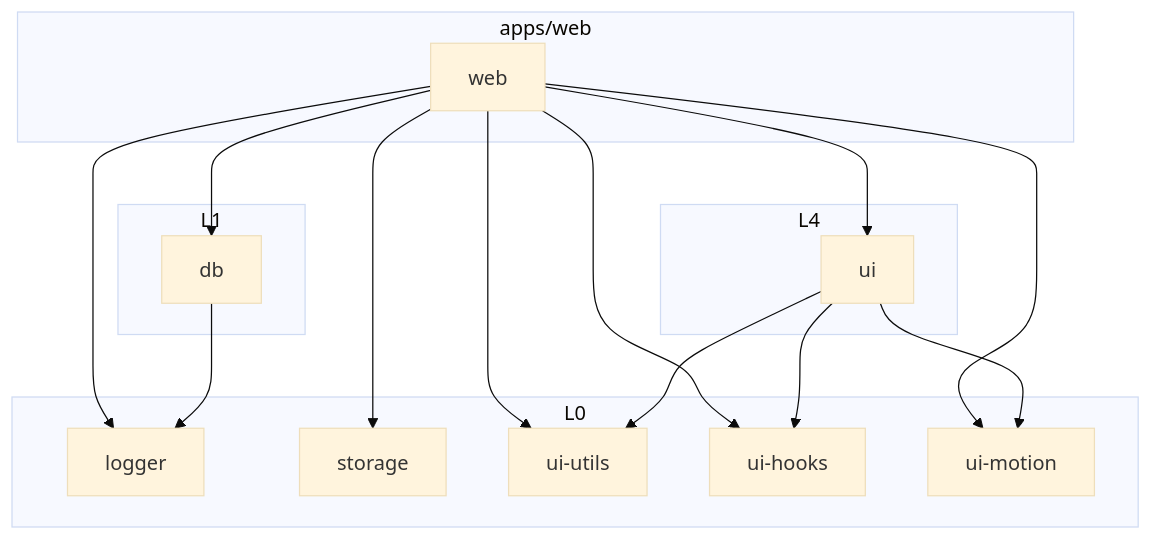
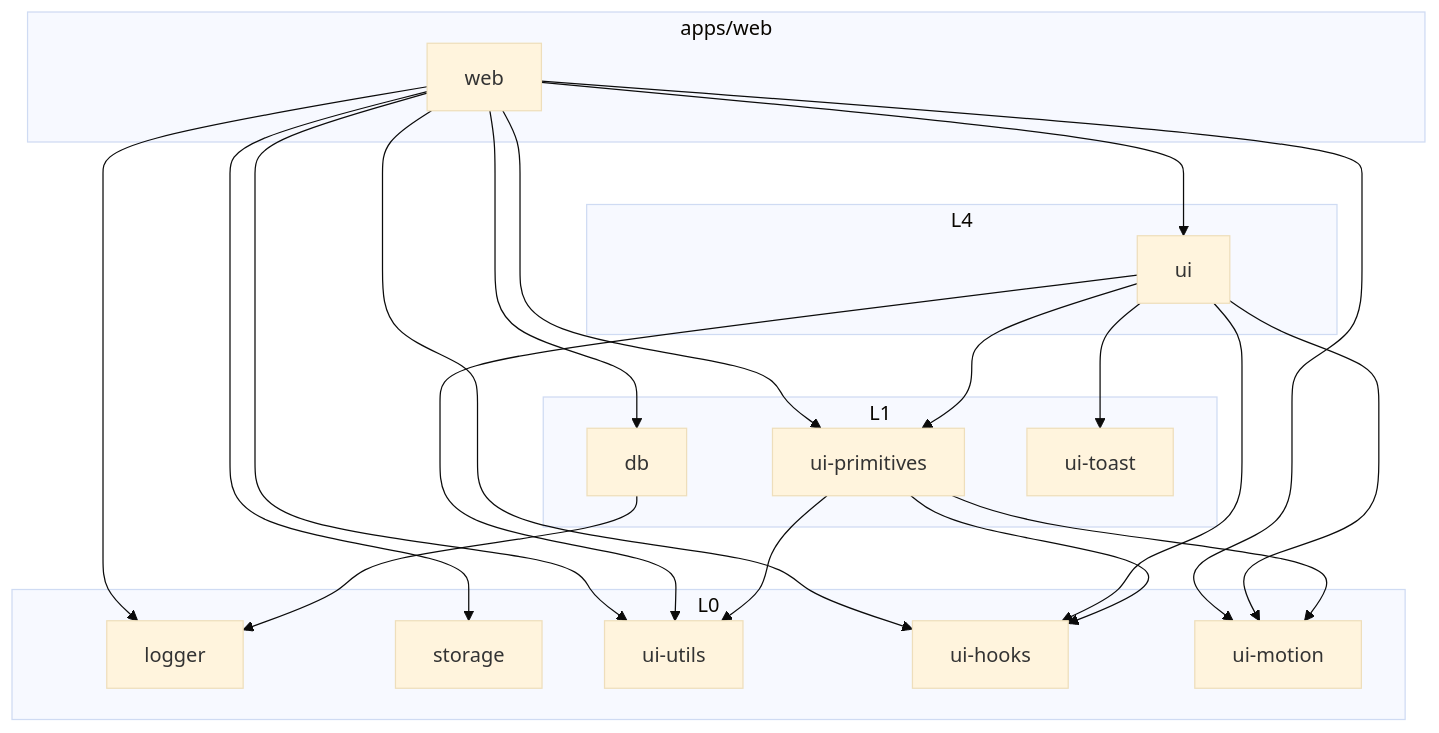
One commit to lthphuw/byte-of-me changed the third of 9 diagrams in docs/architecture.md. Above: the diagram before and after it, drawn with Mermaid (base theme). The commit also changed other lines of this file and 87 other files, not shown here.

````diff
--- a/docs/architecture.md
+++ b/docs/architecture.md
@@ -146,31 +154,39 @@
 ```mermaid
 flowchart TB
     subgraph APP["apps/web"]
         WEB["web"]
     end
     subgraph L4["L4"]
         UI["ui"]
     end
     subgraph L1["L1"]
         DB["db"]
+        PRIMS["ui-primitives"]
+        TOAST["ui-toast"]
     end
     subgraph L0["L0"]
         LOG["logger"]
         ST["storage"]
         UTILS["ui-utils"]
         HOOKS["ui-hooks"]
         MOTION["ui-motion"]
     end
 
     WEB --> UI
     WEB --> DB
     WEB --> ST
     WEB --> LOG
     WEB --> UTILS
     WEB --> HOOKS
     WEB --> MOTION
+    WEB --> PRIMS
     UI --> UTILS
     UI --> HOOKS
     UI --> MOTION
+    UI --> PRIMS
+    UI --> TOAST
+    PRIMS --> UTILS
+    PRIMS --> HOOKS
+    PRIMS --> MOTION
     DB --> LOG
 ```
````
